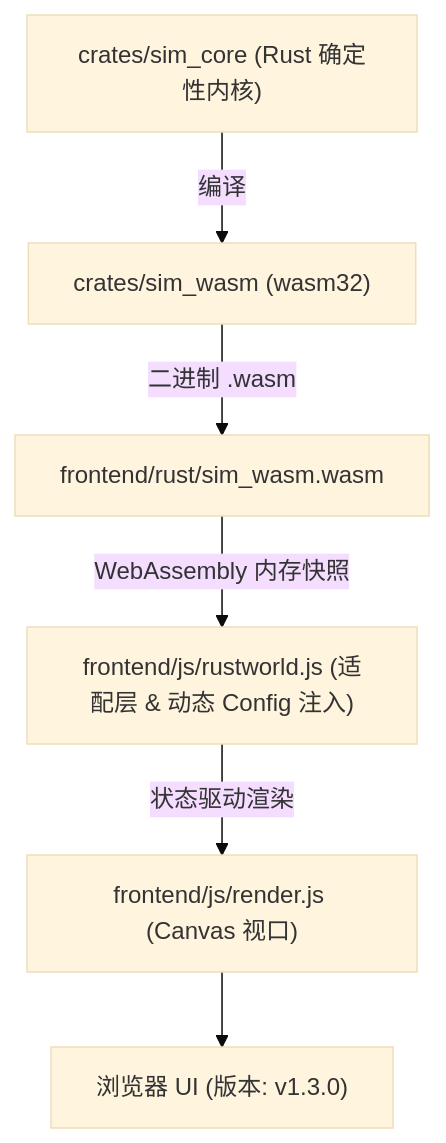
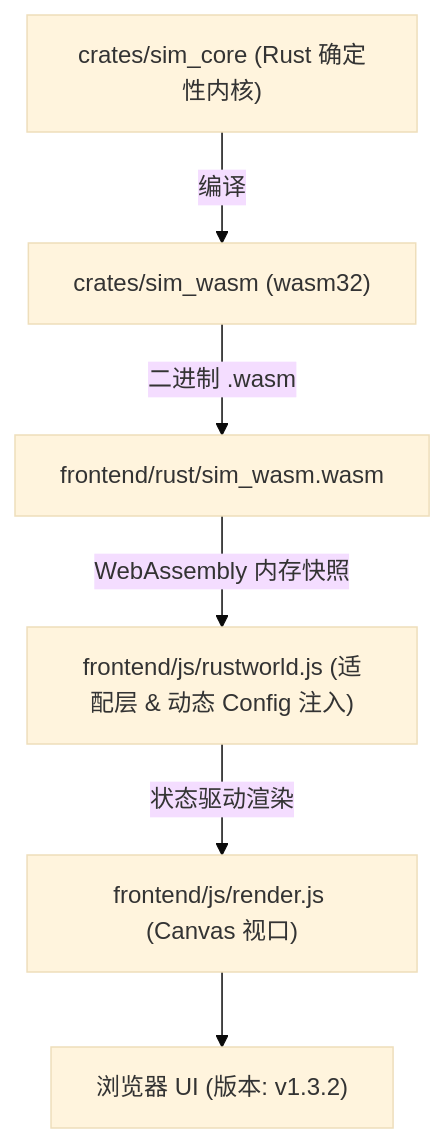
One commit to g39088902/FlowAndAccord changed the diagram in AGENTS.md. Above: the diagram before and after it, drawn with Mermaid (base theme). The commit also changed other lines of this file and 22 other files, not shown here.

````diff
--- a/AGENTS.md
+++ b/AGENTS.md
@@ -47,8 +48,8 @@
 ```mermaid
 graph TD
     A["crates/sim_core (Rust 确定性内核)"] -->|编译| B["crates/sim_wasm (wasm32)"]
     B -->|二进制 .wasm| C["frontend/rust/sim_wasm.wasm"]
     C -->|WebAssembly 内存快照| D["frontend/js/rustworld.js (适配层 & 动态 Config 注入)"]
     D -->|状态驱动渲染| E["frontend/js/render.js (Canvas 视口)"]
-    E --> F["浏览器 UI (版本: v1.3.0)"]
+    E --> F["浏览器 UI (版本: v1.3.2)"]
 ```
````
